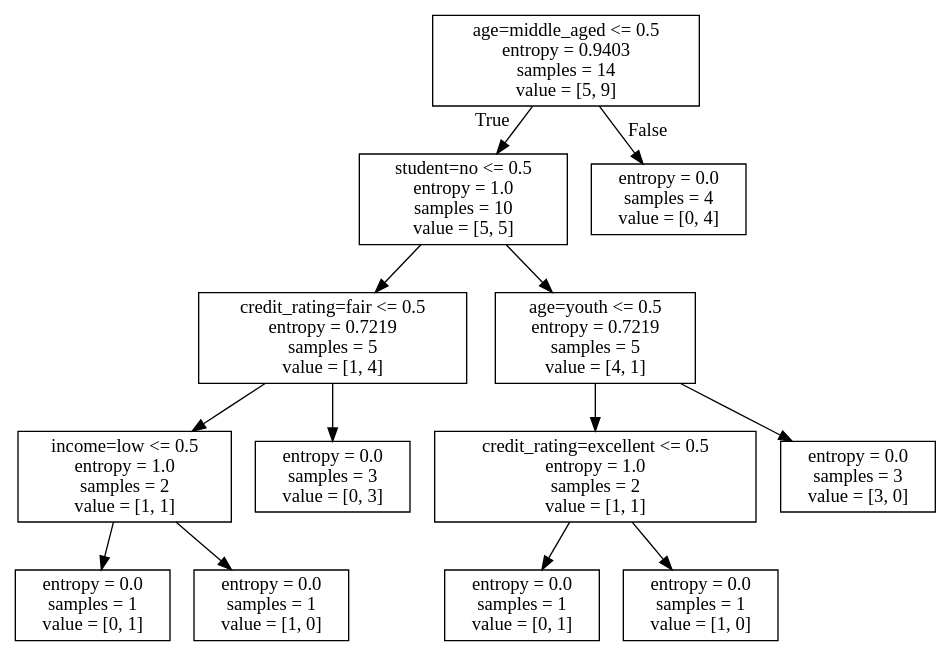
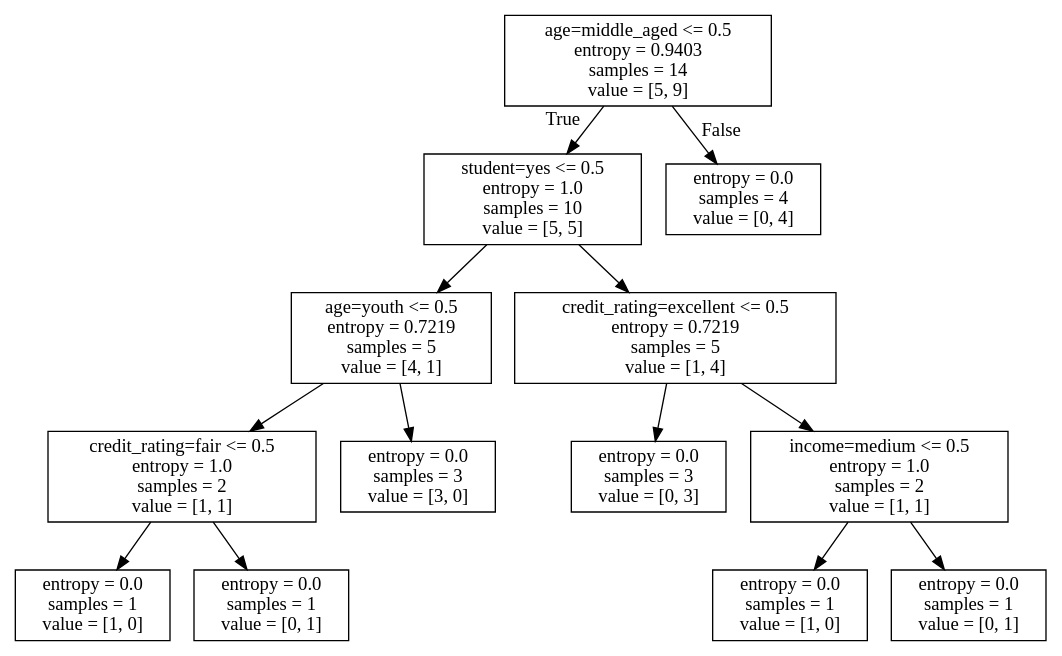
Before and after one commit to zhangzhongshuai/DeepLearningBasicsMachineLearning: the diagram in src/DecisionTree/test.dot, drawn with Graphviz. The commit also changed 4 other files, not shown here.

```diff
--- a/src/DecisionTree/test.dot
+++ b/src/DecisionTree/test.dot
@@ -1,28 +1,28 @@
 digraph Tree {
 node [shape=box] ;
 0 [label="age=middle_aged <= 0.5\nentropy = 0.9403\nsamples = 14\nvalue = [5, 9]"] ;
-1 [label="student=no <= 0.5\nentropy = 1.0\nsamples = 10\nvalue = [5, 5]"] ;
+1 [label="student=yes <= 0.5\nentropy = 1.0\nsamples = 10\nvalue = [5, 5]"] ;
 0 -> 1 [labeldistance=2.5, labelangle=45, headlabel="True"] ;
-2 [label="credit_rating=fair <= 0.5\nentropy = 0.7219\nsamples = 5\nvalue = [1, 4]"] ;
+2 [label="age=youth <= 0.5\nentropy = 0.7219\nsamples = 5\nvalue = [4, 1]"] ;
 1 -> 2 ;
-3 [label="income=low <= 0.5\nentropy = 1.0\nsamples = 2\nvalue = [1, 1]"] ;
+3 [label="credit_rating=fair <= 0.5\nentropy = 1.0\nsamples = 2\nvalue = [1, 1]"] ;
 2 -> 3 ;
-4 [label="entropy = 0.0\nsamples = 1\nvalue = [0, 1]"] ;
+4 [label="entropy = 0.0\nsamples = 1\nvalue = [1, 0]"] ;
 3 -> 4 ;
-5 [label="entropy = 0.0\nsamples = 1\nvalue = [1, 0]"] ;
+5 [label="entropy = 0.0\nsamples = 1\nvalue = [0, 1]"] ;
 3 -> 5 ;
-6 [label="entropy = 0.0\nsamples = 3\nvalue = [0, 3]"] ;
+6 [label="entropy = 0.0\nsamples = 3\nvalue = [3, 0]"] ;
 2 -> 6 ;
-7 [label="age=youth <= 0.5\nentropy = 0.7219\nsamples = 5\nvalue = [4, 1]"] ;
+7 [label="credit_rating=excellent <= 0.5\nentropy = 0.7219\nsamples = 5\nvalue = [1, 4]"] ;
 1 -> 7 ;
-8 [label="credit_rating=excellent <= 0.5\nentropy = 1.0\nsamples = 2\nvalue = [1, 1]"] ;
+8 [label="entropy = 0.0\nsamples = 3\nvalue = [0, 3]"] ;
 7 -> 8 ;
-9 [label="entropy = 0.0\nsamples = 1\nvalue = [0, 1]"] ;
-8 -> 9 ;
+9 [label="income=medium <= 0.5\nentropy = 1.0\nsamples = 2\nvalue = [1, 1]"] ;
+7 -> 9 ;
 10 [label="entropy = 0.0\nsamples = 1\nvalue = [1, 0]"] ;
-8 -> 10 ;
-11 [label="entropy = 0.0\nsamples = 3\nvalue = [3, 0]"] ;
-7 -> 11 ;
+9 -> 10 ;
+11 [label="entropy = 0.0\nsamples = 1\nvalue = [0, 1]"] ;
+9 -> 11 ;
 12 [label="entropy = 0.0\nsamples = 4\nvalue = [0, 4]"] ;
 0 -> 12 [labeldistance=2.5, labelangle=-45, headlabel="False"] ;
 }
```
